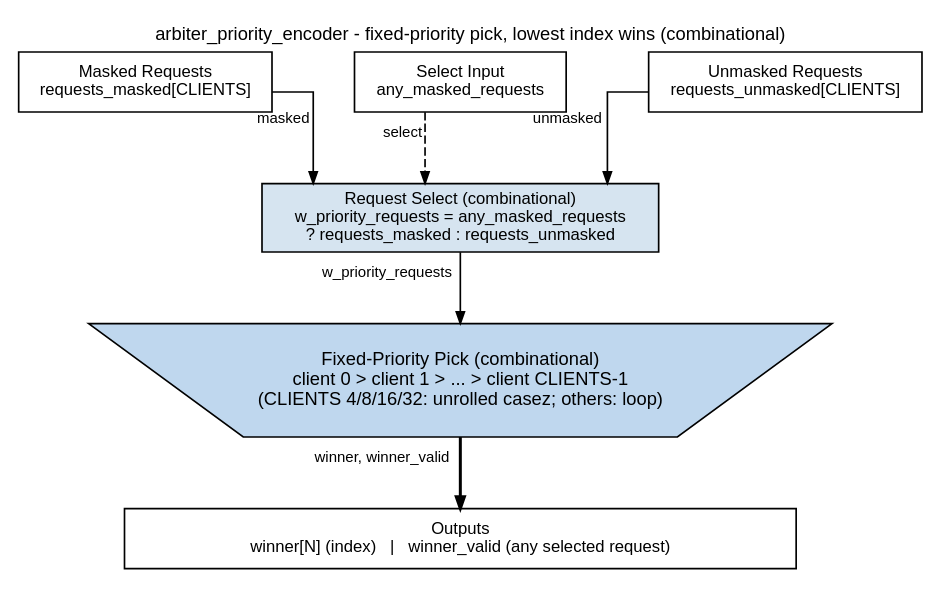
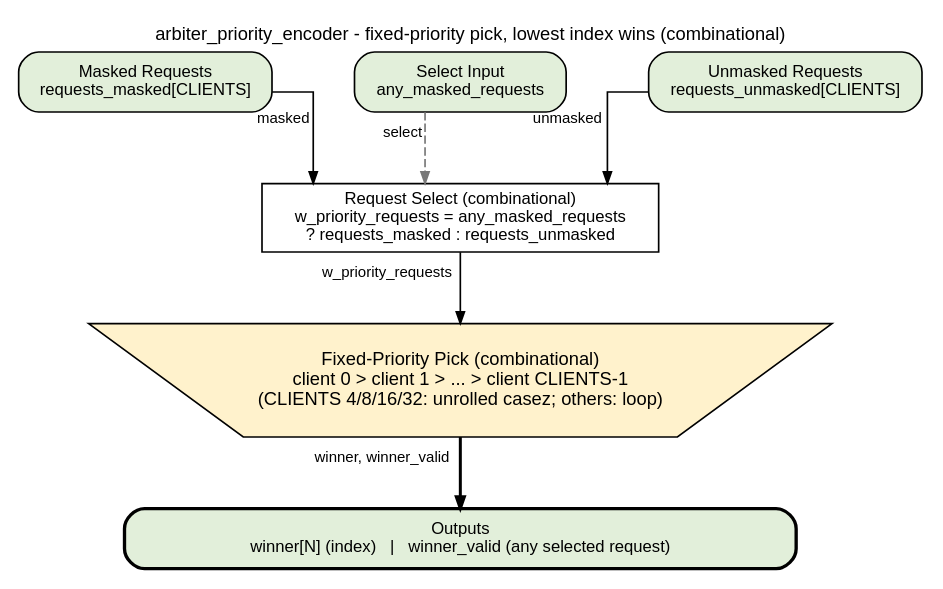
One commit to sean-galloway/RTLDesignSherpa changed the diagram in docs/markdown/assets/rtl-common/graphviz/arbiter_priority_encoder.dot. Above: the diagram before and after it, drawn with Graphviz. The commit also changed 1165 other files, not shown here.

First line of the commit message:
docs: every block diagram converted to the element key v3 (641 rendered)

```diff
--- a/docs/markdown/assets/rtl-common/graphviz/arbiter_priority_encoder.dot
+++ b/docs/markdown/assets/rtl-common/graphviz/arbiter_priority_encoder.dot
@@ -1,42 +1,42 @@
 // arbiter_priority_encoder block diagram - house style
 // (vault/handbook/authoring/block-diagrams.md). Purely combinational.
 // Flows:
 //   requests - two request vectors enter at the top; a select (driven by the
 //              caller's any_masked_requests, so a plain box, not the
 //              trapezium) passes one of them; the fixed-priority pick
 //              (lowest index wins) is the trapezium; winner + winner_valid
 //              leave the narrow edge into the outputs bar.
 //   select   - any_masked_requests is dashed sideband into the select.
 // CLIENTS picks the implementation (unrolled casez for 4/8/16/32, a loop
 // otherwise), not the behavior; that goes in the pick's label.
 // Source of truth: rtl/common/arbiter_priority_encoder.sv.
 digraph arbiter_priority_encoder {
     graph [rankdir=TB, bgcolor="white", fontname="Helvetica", fontsize=11,
            nodesep="0.35", ranksep="0.60", splines=ortho, newrank=true,
            label="arbiter_priority_encoder - fixed-priority pick, lowest index wins (combinational)",
            labelloc=t, labeljust=c];
     node  [fontname="Helvetica", fontsize=10, shape=box, style=filled,
-           fillcolor="#D6E4F0", color="black", margin="0.12,0.06"];
+           fillcolor="white", color="black", margin="0.12,0.06"];
     edge  [fontname="Helvetica", fontsize=9, color="black", arrowsize=0.7];
 
-    rm   [label="Masked Requests\nrequests_masked[CLIENTS]", fillcolor="white"];
-    anym [label="Select Input\nany_masked_requests", fillcolor="white"];
-    ru   [label="Unmasked Requests\nrequests_unmasked[CLIENTS]", fillcolor="white"];
+    rm   [label="Masked Requests\nrequests_masked[CLIENTS]", fillcolor="white", style="rounded,filled", fillcolor="#E2EFDA"];
+    anym [label="Select Input\nany_masked_requests", fillcolor="white", style="rounded,filled", fillcolor="#E2EFDA"];
+    ru   [label="Unmasked Requests\nrequests_unmasked[CLIENTS]", fillcolor="white", style="rounded,filled", fillcolor="#E2EFDA"];
 
-    sel  [group=C, label="Request Select (combinational)\nw_priority_requests = any_masked_requests\n? requests_masked : requests_unmasked"];
+    sel  [group=C, label="Request Select (combinational)\nw_priority_requests = any_masked_requests\n? requests_masked : requests_unmasked", style="filled", fillcolor="white"];
     pick [group=C, label="Fixed-Priority Pick (combinational)\nclient 0 > client 1 > ... > client CLIENTS-1\n(CLIENTS 4/8/16/32: unrolled casez; others: loop)",
-          shape=invtrapezium, width=6.2, height=0.95, fixedsize=true, fillcolor="#BFD7EE", fontsize=11];
+          shape=invtrapezium, width=6.2, height=0.95, fixedsize=true, fillcolor="#BFD7EE", fontsize=11, style="filled", fillcolor="#FFF2CC"];
 
     outs [group=C, label="Outputs\nwinner[N] (index)   |   winner_valid (any selected request)",
-          fillcolor="white", width=5.6];
+          fillcolor="white", width=5.6, style="rounded,filled,bold", fillcolor="#E2EFDA"];
 
     rm   -> sel  [xlabel="masked"];
     ru   -> sel  [xlabel="unmasked"];
-    anym -> sel  [style=dashed, xlabel="select"];
+    anym -> sel  [style=dashed, color="#777777", xlabel="select"];
     sel  -> pick [xlabel="w_priority_requests"];
     pick -> outs [xlabel="winner, winner_valid", penwidth=1.8];
 
     { rank=same; rm; anym; ru; }
     rm -> anym -> ru [style=invis, minlen=2];
     anym -> sel [style=invis];
 }
```
